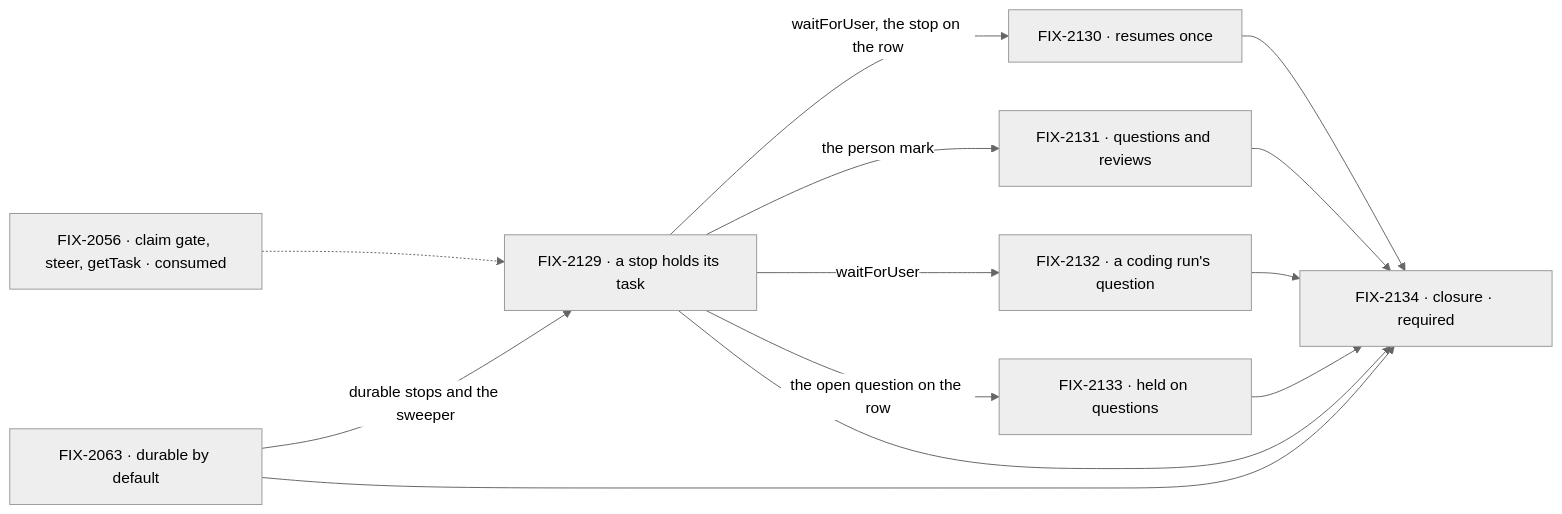
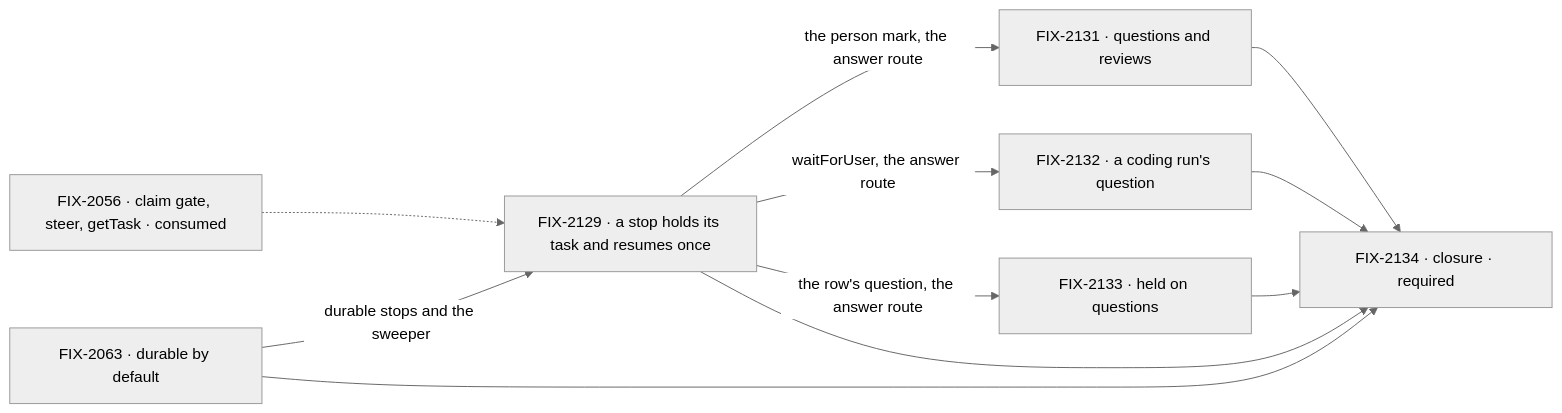
The second of 2 diagrams in specs/epics/FIX-2058/SPEC.md (fixpoint-labs/flow-state-dev), drawn with Mermaid (neutral theme) before and after one commit. The commit also changed other lines of this file and 2 other files, not shown here.

````diff
--- a/specs/epics/FIX-2058/SPEC.md
+++ b/specs/epics/FIX-2058/SPEC.md
@@ -102,15 +105,13 @@
 ```mermaid
 flowchart LR
   I["FIX-2056 · claim gate, steer, getTask · consumed"] -.-> B
-  A["FIX-2063 · durable by default"] -->|"durable stops and the sweeper"| B["FIX-2129 · a stop holds its task"]
-  B -->|"waitForUser, the stop on the row"| C["FIX-2130 · resumes once"]
-  B -->|"the person mark"| D["FIX-2131 · questions and reviews"]
-  B -->|"waitForUser"| E["FIX-2132 · a coding run's question"]
-  B -->|"the open question on the row"| G["FIX-2133 · held on questions"]
+  A["FIX-2063 · durable by default"] -->|"durable stops and the sweeper"| B["FIX-2129 · a stop holds its task and resumes once"]
+  B -->|"the person mark, the answer route"| D["FIX-2131 · questions and reviews"]
+  B -->|"waitForUser, the answer route"| E["FIX-2132 · a coding run's question"]
+  B -->|"the row's question, the answer route"| G["FIX-2133 · held on questions"]
   A --> P["FIX-2134 · closure · required"]
   B --> P
-  C --> P
   D --> P
   E --> P
   G --> P
 ```
````
